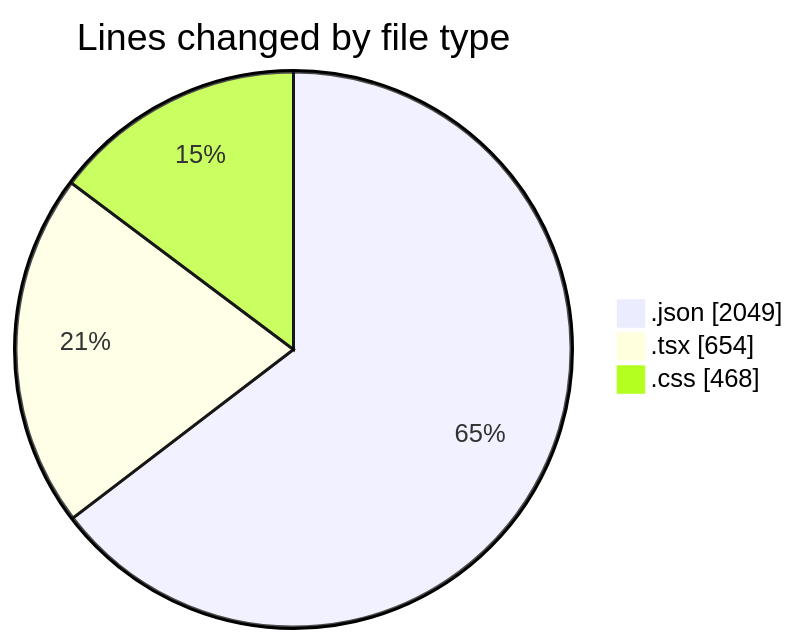
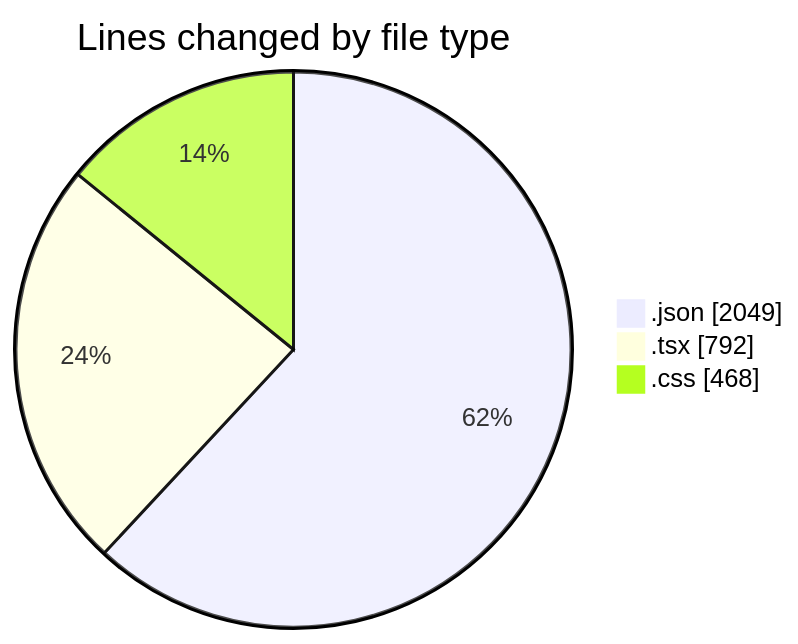
The first of 2 diagrams in 2025-08-14/ribbon/README.md (EIIisD/code-tracking), drawn with Mermaid before and after one commit. The commit also changed other lines of this file and 1 other file, not shown here.

````diff
--- a/2025-08-14/ribbon/README.md
+++ b/2025-08-14/ribbon/README.md
@@ -27,7 +27,7 @@
 ```mermaid
 pie showData
 title Lines changed by file type
 ".json" : 2049
-".tsx" : 654
+".tsx" : 792
 ".css" : 468
 ```
````
